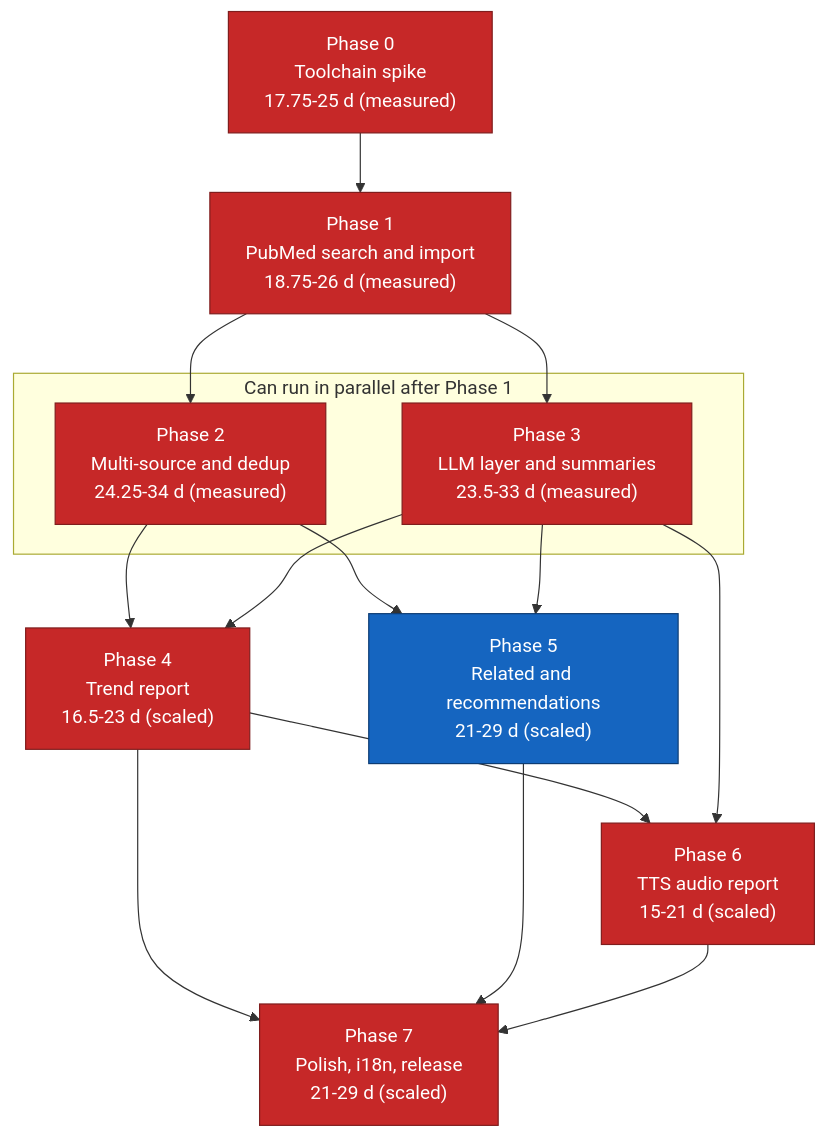
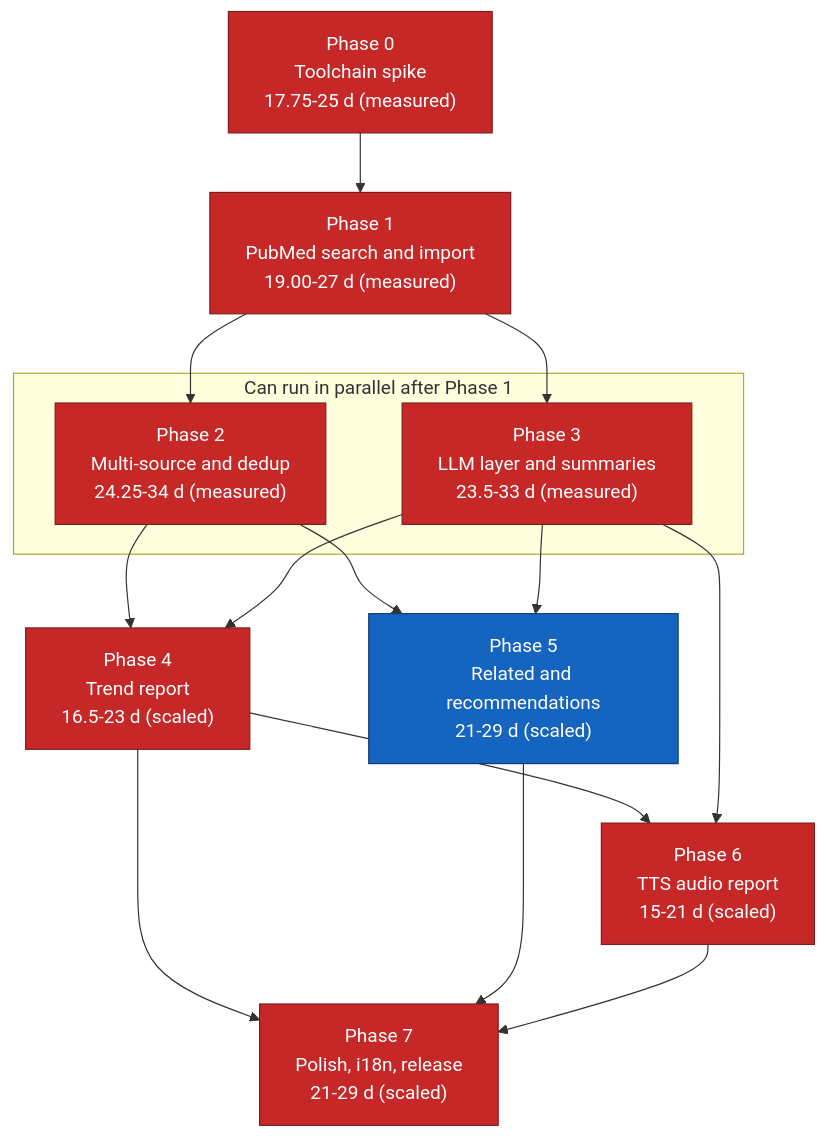
One commit to suppakoko/research_helper changed the diagram in docs/11-implementation-roadmap.md. Above: the diagram before and after it, drawn with Mermaid. The commit also changed other lines of this file and 2 other files, not shown here.

````diff
--- a/docs/11-implementation-roadmap.md
+++ b/docs/11-implementation-roadmap.md
@@ -326,34 +326,34 @@
 ```mermaid
 graph TD
     P0["Phase 0<br/>Toolchain spike<br/>17.75-25 d (measured)"]
-    P1["Phase 1<br/>PubMed search and import<br/>18.75-26 d (measured)"]
+    P1["Phase 1<br/>PubMed search and import<br/>19.00-27 d (measured)"]
     P2["Phase 2<br/>Multi-source and dedup<br/>24.25-34 d (measured)"]
     P3["Phase 3<br/>LLM layer and summaries<br/>23.5-33 d (measured)"]
     P4["Phase 4<br/>Trend report<br/>16.5-23 d (scaled)"]
     P5["Phase 5<br/>Related and recommendations<br/>21-29 d (scaled)"]
     P6["Phase 6<br/>TTS audio report<br/>15-21 d (scaled)"]
     P7["Phase 7<br/>Polish, i18n, release<br/>21-29 d (scaled)"]
 
     P0 --> P1
     P1 --> P2
     P1 --> P3
     P2 --> P4
     P3 --> P4
     P2 --> P5
     P3 --> P5
     P4 --> P6
     P3 --> P6
     P4 --> P7
     P5 --> P7
     P6 --> P7
 
     subgraph parallel["Can run in parallel after Phase 1"]
         P2
         P3
     end
 
     classDef critical fill:#c62828,stroke:#7f1d1d,color:#ffffff
     classDef normal fill:#1565c0,stroke:#0d3c73,color:#ffffff
     class P0,P1,P2,P3,P4,P6,P7 critical
     class P5 normal
 ```
````
